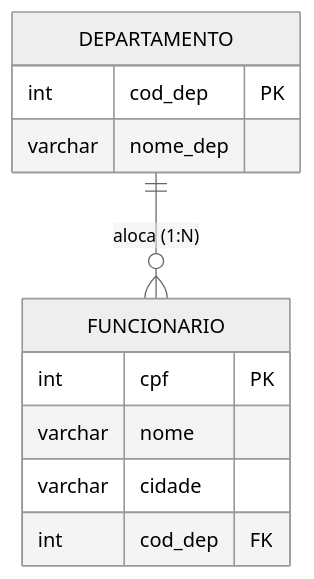
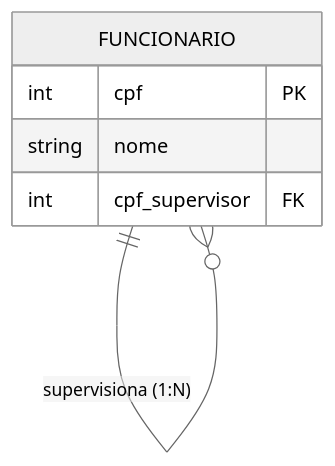
One commit to murilolol/unifef changed the second of 14 diagrams in 3º Semestre/[Prof. Guilherme de Morais] Banco de Dados II/Resumos-IA/Caderno-Consolidado.md. Above: the diagram before and after it, drawn with Mermaid (neutral theme). The commit also changed other lines of this file and 40 other files, not shown here.

````diff
--- a/3º Semestre/[Prof. Guilherme de Morais] Banco de Dados II/Resumos-IA/Caderno-Consolidado.md
+++ b/3º Semestre/[Prof. Guilherme de Morais] Banco de Dados II/Resumos-IA/Caderno-Consolidado.md
@@ -82,14 +134,9 @@
 ```mermaid
 erDiagram
-    DEPARTAMENTO ||--o{ FUNCIONARIO : "aloca (1:N)"
-    DEPARTAMENTO {
-        int cod_dep PK
-        varchar nome_dep
-    }
-    FUNCIONARIO {
-        int cpf PK
-        varchar nome
-        varchar cidade
-        int cod_dep FK
-    }
+  FUNCIONARIO ||--o{ FUNCIONARIO : "supervisiona (1:N)"
+  FUNCIONARIO {
+    int cpf PK
+    string nome
+    int cpf_supervisor FK
+  }
 ```
````
